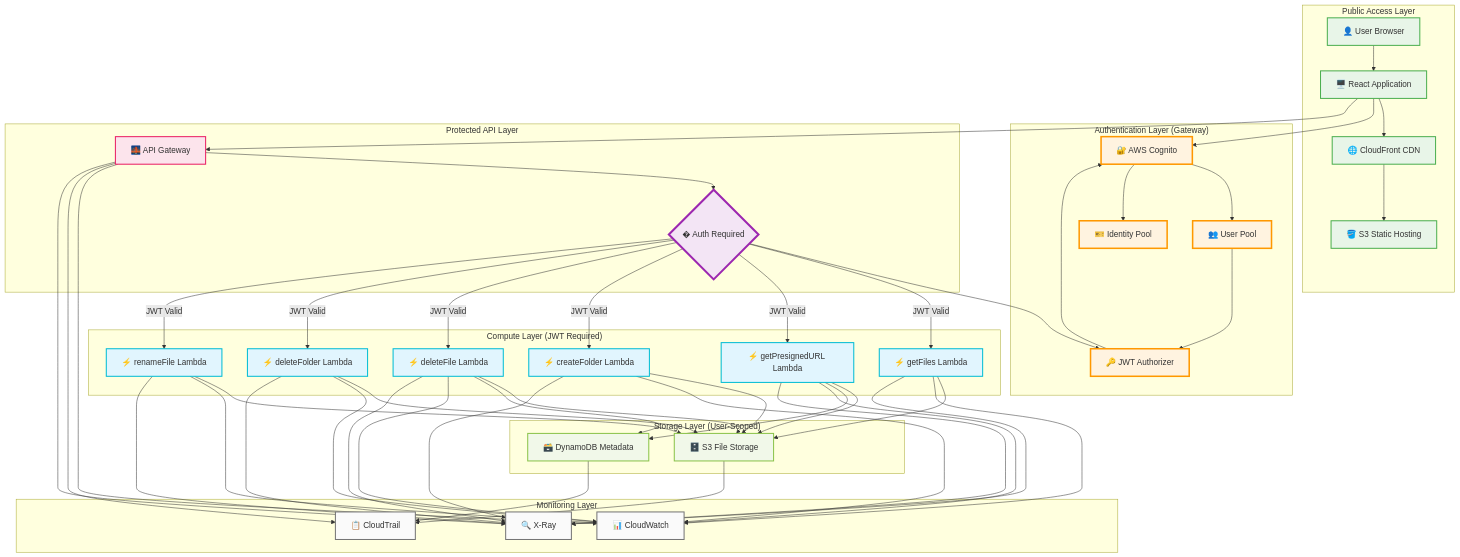
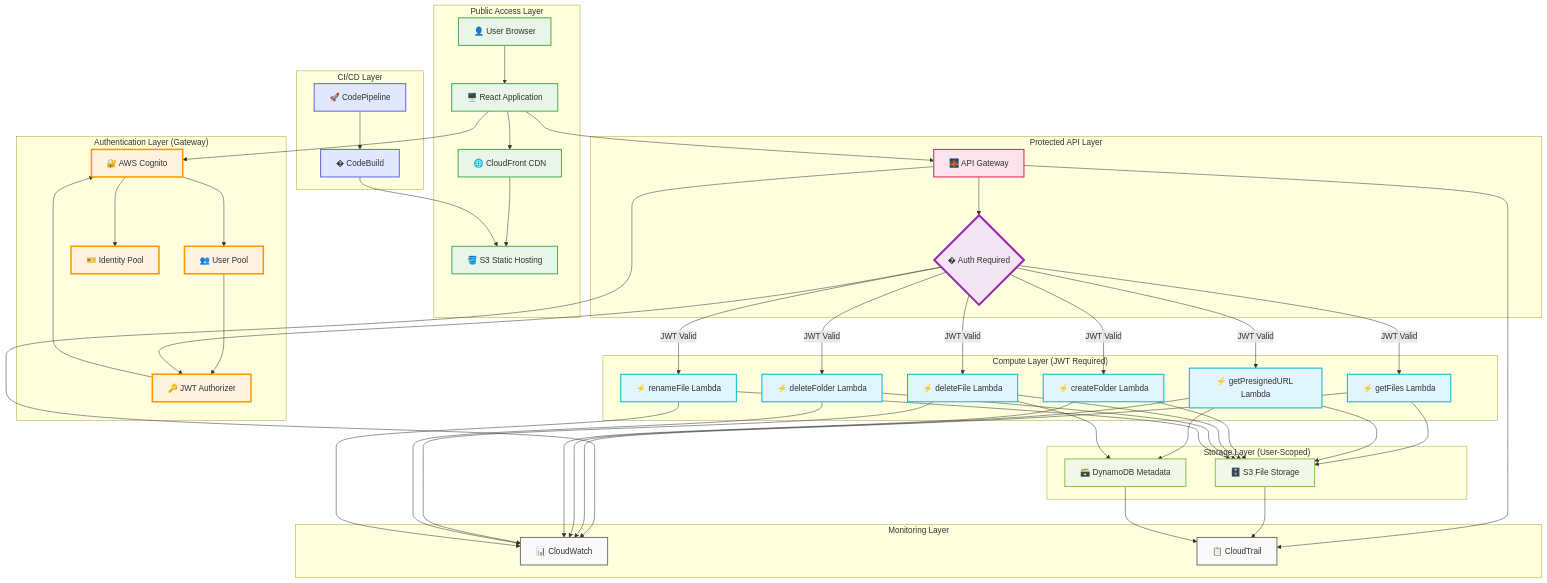
The first of 10 diagrams in ARCHITECTURE_DIAGRAMS.md (SanjeevGO123/drive-clone), drawn with Mermaid before and after one commit. The commit also changed other lines of this file and 15 other files, not shown here.

Commit message:
updated Diagrams

````diff
--- a/ARCHITECTURE_DIAGRAMS.md
+++ b/ARCHITECTURE_DIAGRAMS.md
@@ -40,7 +246,11 @@
     subgraph "Monitoring Layer"
         CloudWatch[📊 CloudWatch]
         CloudTrail[📋 CloudTrail]
-        XRay[🔍 X-Ray]
+    end
+    
+    subgraph "CI/CD Layer"
+        CodePipeline[🚀 CodePipeline]
+        CodeBuild[� CodeBuild]
     end
     
     %% Public Access Flow
@@ -94,14 +304,9 @@
     S3Storage --> CloudTrail
     DynamoDB --> CloudTrail
     
-    %% Distributed Tracing
-    APIGateway --> XRay
-    GetFiles --> XRay
-    GetURL --> XRay
-    CreateFolder --> XRay
-    DeleteFile --> XRay
-    DeleteFolder --> XRay
-    RenameFile --> XRay
+    %% CI/CD Pipeline
+    CodePipeline --> CodeBuild
+    CodeBuild --> S3Static
     
     %% Styling
     classDef publicClass fill:#e8f5e8,stroke:#4caf50,stroke-width:2px
@@ -111,6 +316,7 @@
     classDef storageClass fill:#f1f8e9,stroke:#8bc34a,stroke-width:2px
     classDef monitorClass fill:#fafafa,stroke:#757575,stroke-width:2px
     classDef authBarrierClass fill:#f3e5f5,stroke:#9c27b0,stroke-width:4px
+    classDef cicdClass fill:#e0e7ff,stroke:#6366f1,stroke-width:2px
     
     class User,ReactApp,CloudFront,S3Static publicClass
     class Cognito,UserPool,IdentityPool,JWTAuth authClass
@@ -118,5 +324,6 @@
     class AuthBarrier authBarrierClass
     class GetFiles,GetURL,CreateFolder,DeleteFile,DeleteFolder,RenameFile computeClass
     class S3Storage,DynamoDB storageClass
-    class CloudWatch,CloudTrail,XRay monitorClass
+    class CloudWatch,CloudTrail monitorClass
+    class CodePipeline,CodeBuild cicdClass
 ```
````
